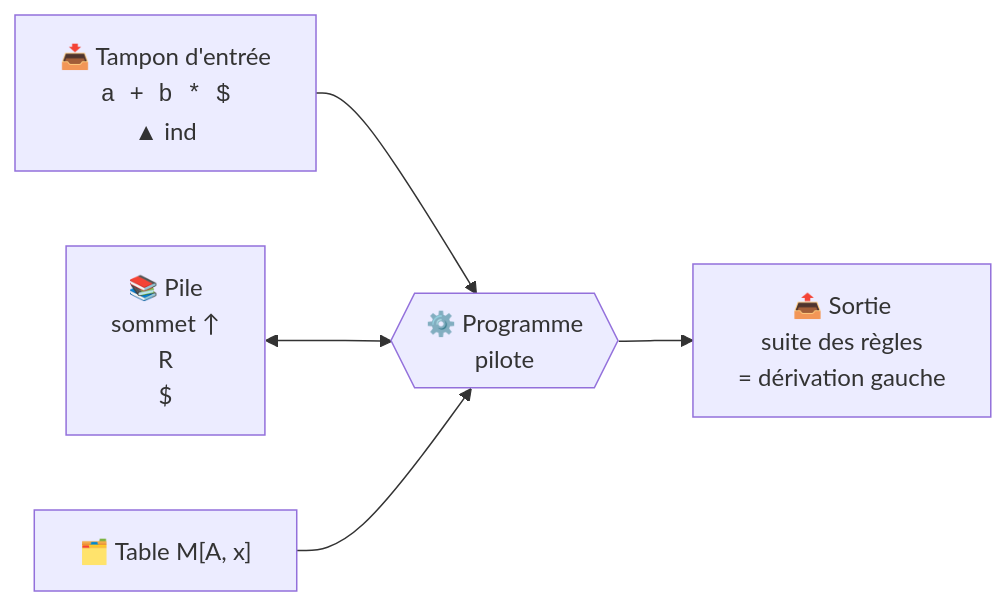
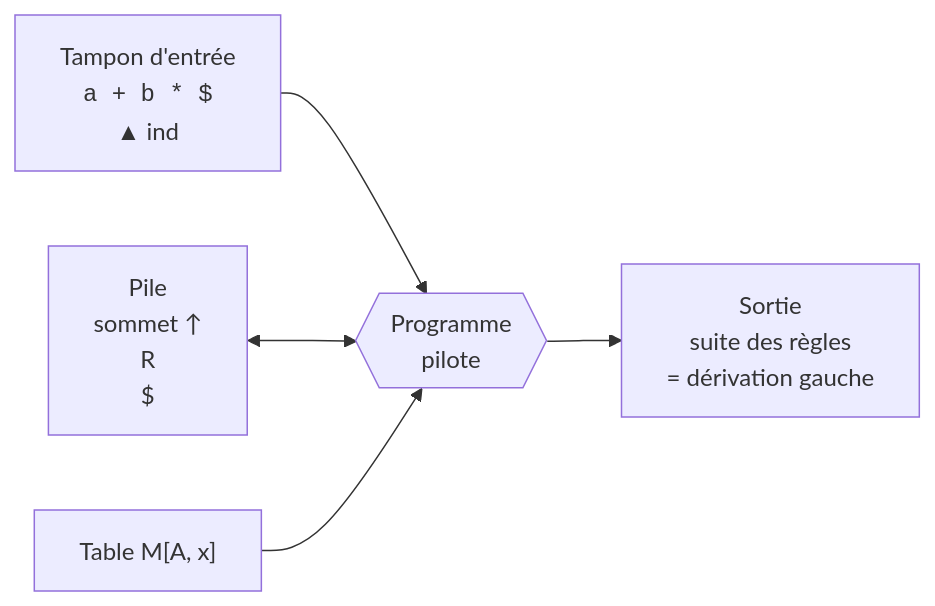
One commit to Youssef-YBM/T5-COMPILATION-Syntaxique changed the fourth of 7 diagrams in README.md. Above: the diagram before and after it, drawn with Mermaid. The commit also changed other lines of this file, not shown here.

````diff
--- a/README.md
+++ b/README.md
@@ -506,7 +506,7 @@
 ```mermaid
 flowchart LR
-    IN["📥 Tampon d'entrée<br/><code>a + b * $</code><br/>▲ ind"] --> P{{"⚙️ Programme<br/>pilote"}}
-    PILE["📚 Pile<br/>sommet ↑<br/>R<br/>$"] <--> P
-    TAB["🗂️ Table M[A, x]"] --> P
-    P --> OUT["📤 Sortie<br/>suite des règles<br/>= dérivation gauche"]
+    IN[" Tampon d'entrée<br/><code>a + b * $</code><br/>▲ ind"] --> P{{" Programme<br/>pilote"}}
+    PILE[" Pile<br/>sommet ↑<br/>R<br/>$"] <--> P
+    TAB[" Table M[A, x]"] --> P
+    P --> OUT[" Sortie<br/>suite des règles<br/>= dérivation gauche"]
 ```
````
